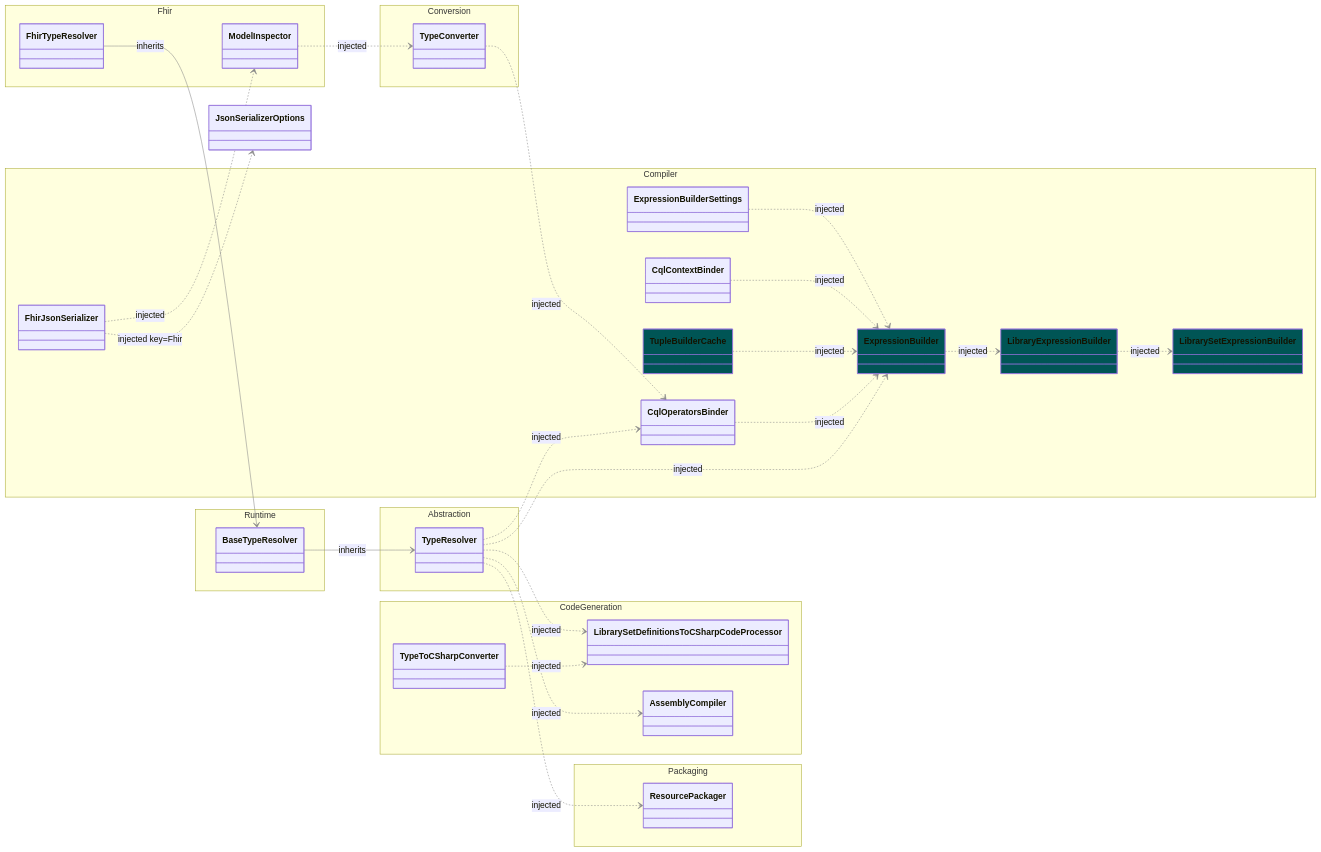
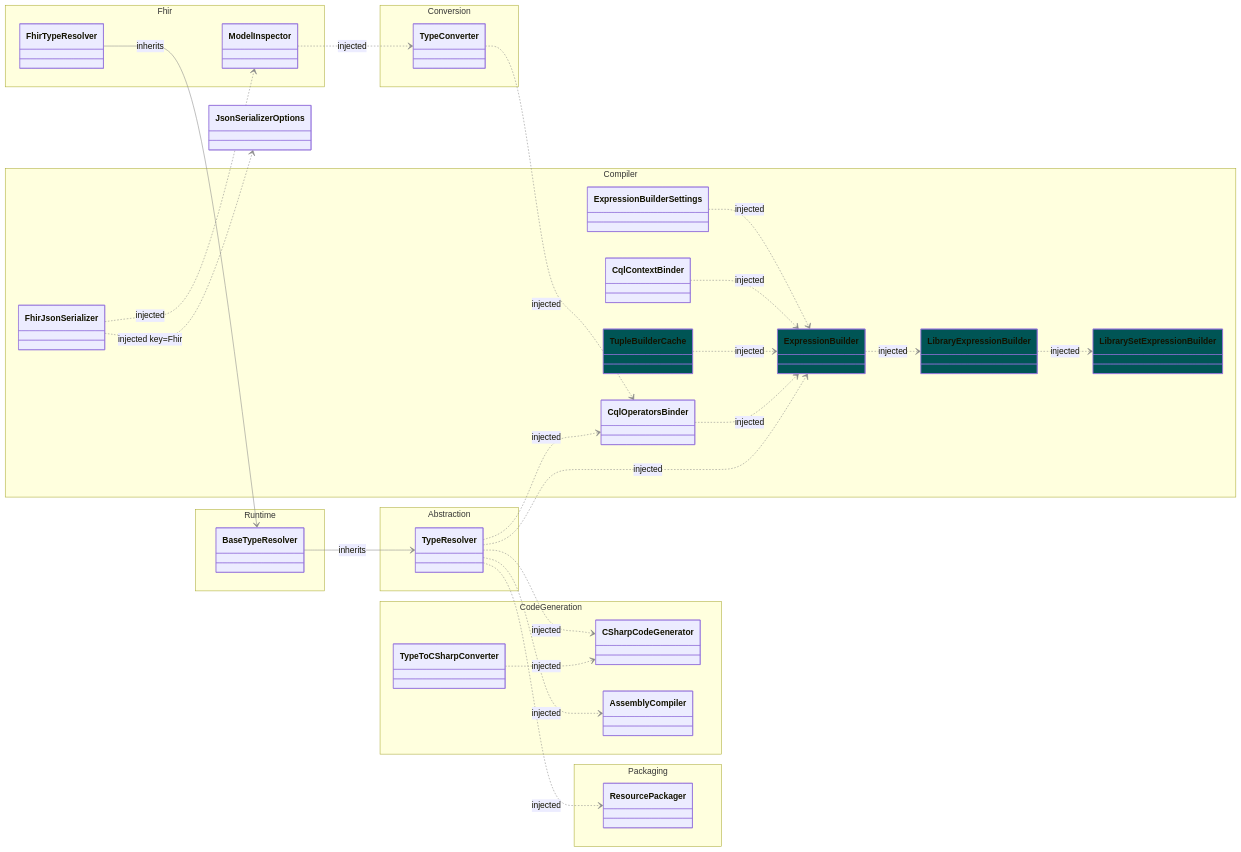
One commit to FirelyTeam/firely-cql-sdk changed the diagram in docs/packager-cli-dependency-graph.md. Above: the diagram before and after it, drawn with Mermaid. The commit also changed 6 other files, not shown here.

Commit message:
Rename to CSharpCodeGenerator

```diff
--- a/docs/packager-cli-dependency-graph.md
+++ b/docs/packager-cli-dependency-graph.md
@@ -33,7 +33,7 @@
 
     namespace CodeGeneration {
         class TypeToCSharpConverter { }
-        class LibrarySetDefinitionsToCSharpCodeProcessor { }
+        class CSharpCodeGenerator { }
         class AssemblyCompiler { }
     }
 
@@ -90,8 +90,8 @@
 
     ModelInspector ..> TypeConverter : injected  
 
-    TypeToCSharpConverter ..> LibrarySetDefinitionsToCSharpCodeProcessor : injected
-    TypeResolver ..> LibrarySetDefinitionsToCSharpCodeProcessor : injected
+    TypeToCSharpConverter ..> CSharpCodeGenerator : injected
+    TypeResolver ..> CSharpCodeGenerator : injected
 
     TypeResolver ..> AssemblyCompiler : injected
 
```
